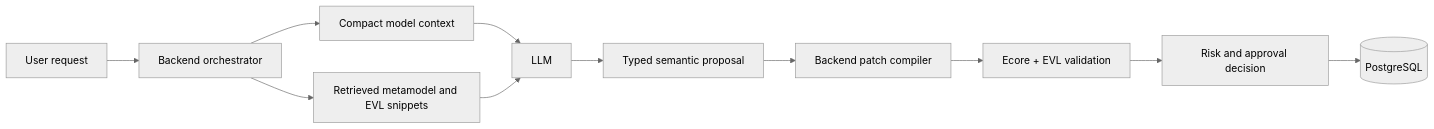
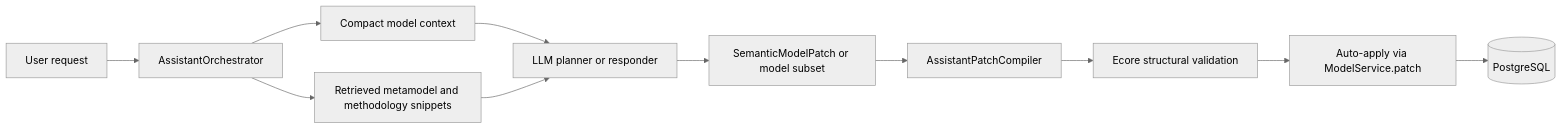
The diagram in docs/internal/ai/implementation-learning-guide.md (mehdieidi/modriss), drawn with Mermaid (neutral theme) before and after one commit. The commit also changed other lines of this file and 50 other files, not shown here.

````diff
--- a/docs/internal/ai/implementation-learning-guide.md
+++ b/docs/internal/ai/implementation-learning-guide.md
@@ -36,24 +27,24 @@
 ```mermaid
 flowchart LR
     user["User request"]
-    backend["Backend orchestrator"]
+    backend["AssistantOrchestrator"]
     context["Compact model context"]
-    rag["Retrieved metamodel and EVL snippets"]
-    llm["LLM"]
-    semantic["Typed semantic proposal"]
-    compiler["Backend patch compiler"]
-    validate["Ecore + EVL validation"]
-    approve["Risk and approval decision"]
+    rag["Retrieved metamodel and methodology snippets"]
+    llm["LLM planner or responder"]
+    semantic["SemanticModelPatch or model subset"]
+    compiler["AssistantPatchCompiler"]
+    validate["Ecore structural validation"]
+    apply["Auto-apply via ModelService.patch"]
     db[("PostgreSQL")]
 
     user --> backend
     backend --> context
     backend --> rag
     context --> llm
     rag --> llm
     llm --> semantic
     semantic --> compiler
     compiler --> validate
-    validate --> approve
-    approve --> db
+    validate --> apply
+    apply --> db
 ```
````
